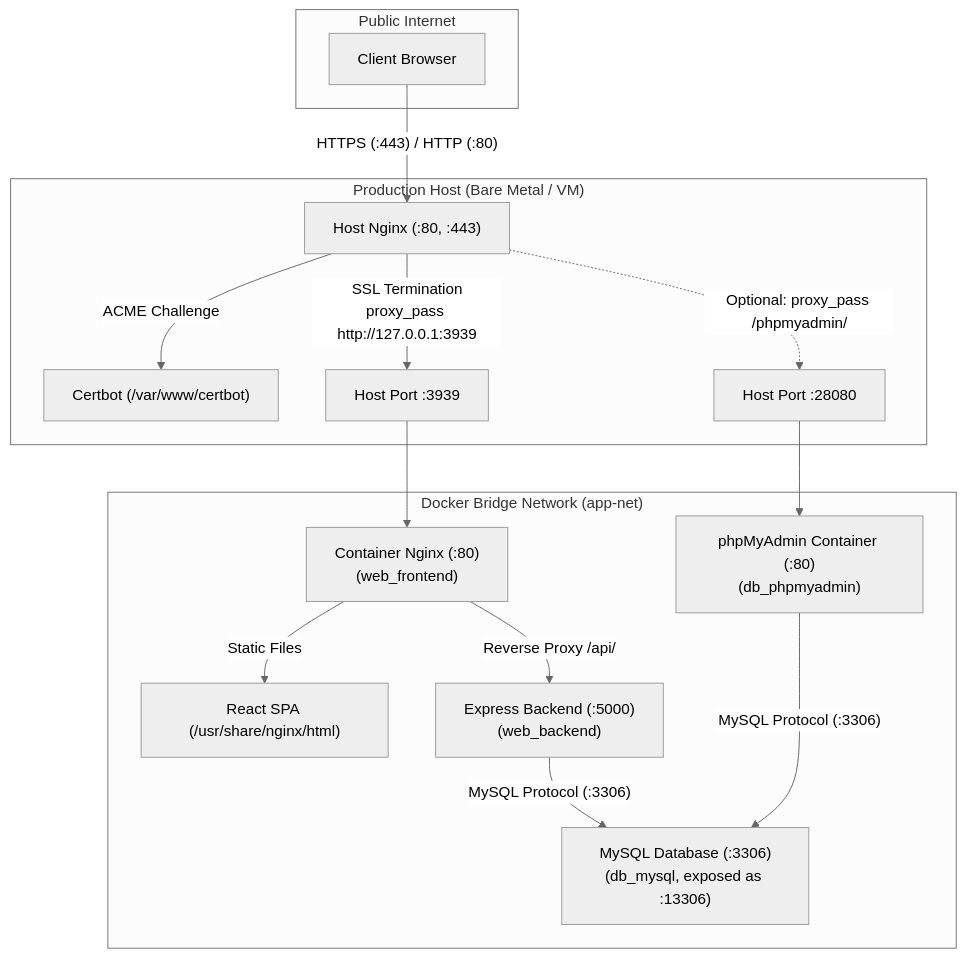
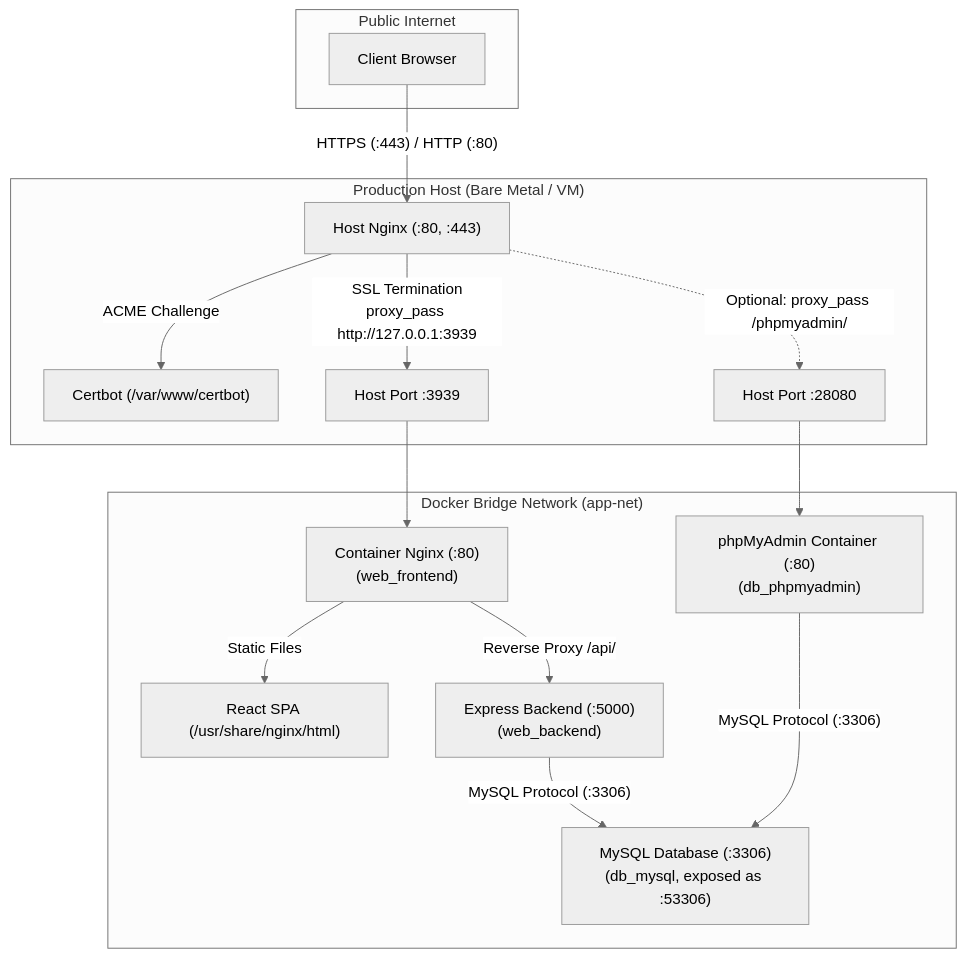
Before and after one commit to ISSI-Lab/documentation: the diagram in docs/ops/nginx/README.md, drawn with Mermaid (neutral theme). The commit also changed other lines of this file and 8 other files, not shown here.

````diff
--- a/docs/ops/nginx/README.md
+++ b/docs/ops/nginx/README.md
@@ -9,27 +9,27 @@
 ```mermaid
 flowchart TD
     subgraph Internet ["Public Internet"]
         User["Client Browser"]
     end
 
     subgraph Host ["Production Host (Bare Metal / VM)"]
         HostNginx["Host Nginx (:80, :443)"]
         Certbot["Certbot (/var/www/certbot)"]
         
         HostNginx -- "ACME Challenge" --> Certbot
         HostNginx -- "SSL Termination\nproxy_pass http://127.0.0.1:3939" --> DockerPort["Host Port :3939"]
         HostNginx -. "Optional: proxy_pass /phpmyadmin/" .-> PMAPort["Host Port :28080"]
     end
 
     subgraph DockerBridge ["Docker Bridge Network (app-net)"]
         DockerPort --> ContainerNginx["Container Nginx (:80)\n(web_frontend)"]
         PMAPort --> PMAContainer["phpMyAdmin Container (:80)\n(db_phpmyadmin)"]
         
         ContainerNginx -- "Static Files" --> SPA["React SPA (/usr/share/nginx/html)"]
         ContainerNginx -- "Reverse Proxy /api/" --> NodeBackend["Express Backend (:5000)\n(web_backend)"]
-        NodeBackend -- "MySQL Protocol (:3306)" --> MySQL["MySQL Database (:3306)\n(db_mysql, exposed as :13306)"]
+        NodeBackend -- "MySQL Protocol (:3306)" --> MySQL["MySQL Database (:3306)\n(db_mysql, exposed as :53306)"]
         PMAContainer -- "MySQL Protocol (:3306)" --> MySQL
     end
 
     User -- "HTTPS (:443) / HTTP (:80)" --> HostNginx
 ```
````
